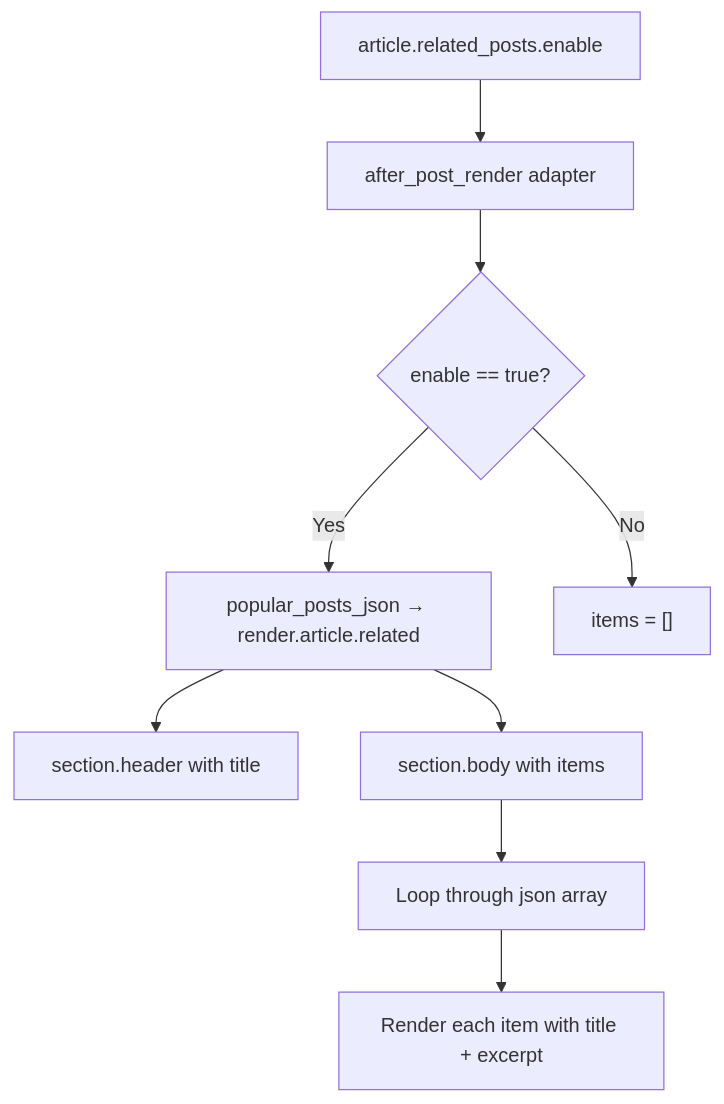
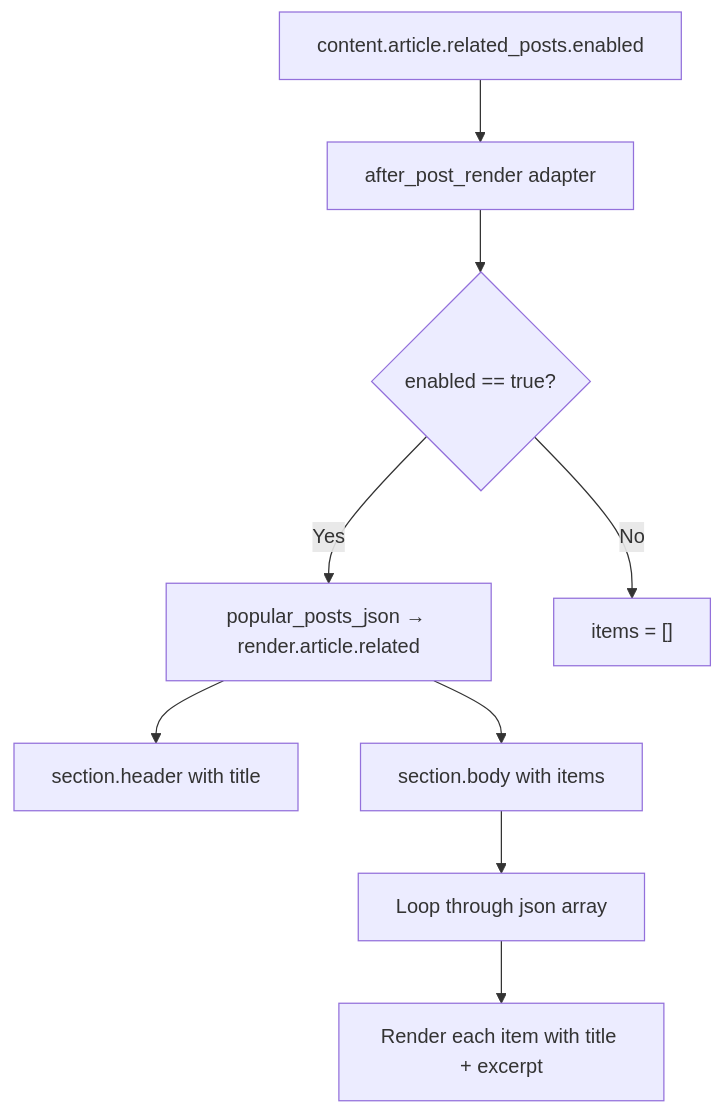
One commit to xaoxuu/hexo-theme-stellar changed the first of 8 diagrams in docs/knowledge/03-内容系统/related-content.md. Above: the diagram before and after it, drawn with Mermaid. The commit also changed other lines of this file and 50 other files, not shown here.

````diff
--- a/docs/knowledge/03-内容系统/related-content.md
+++ b/docs/knowledge/03-内容系统/related-content.md
@@ -47,19 +47,19 @@
 ```mermaid
 flowchart TD
-    CONFIG["article.related_posts.enable"]
+    CONFIG["content.article.related_posts.enabled"]
     HELPER["after_post_render adapter"]
-    CHECK{"enable == true?"}
+    CHECK{"enabled == true?"}
     GENERATE["popular_posts_json → render.article.related"]
     RETURN["items = []"]
     
     CONFIG --> HELPER
     HELPER --> CHECK
     CHECK -->|"Yes"| GENERATE
     CHECK -->|"No"| RETURN
     
     GENERATE --> HEADER["section.header with title"]
     GENERATE --> BODY["section.body with items"]
     
     BODY --> ITEMS["Loop through json array"]
     ITEMS --> ITEM["Render each item with title + excerpt"]
 ```
````
